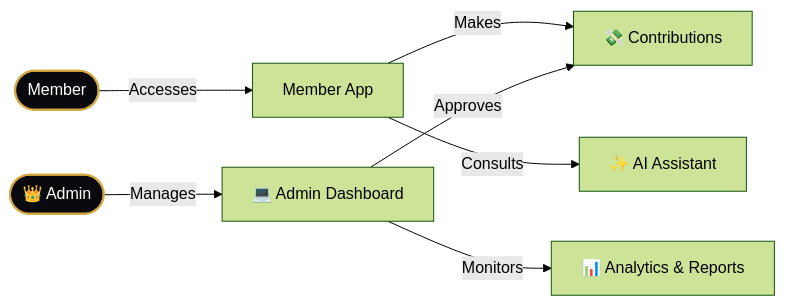
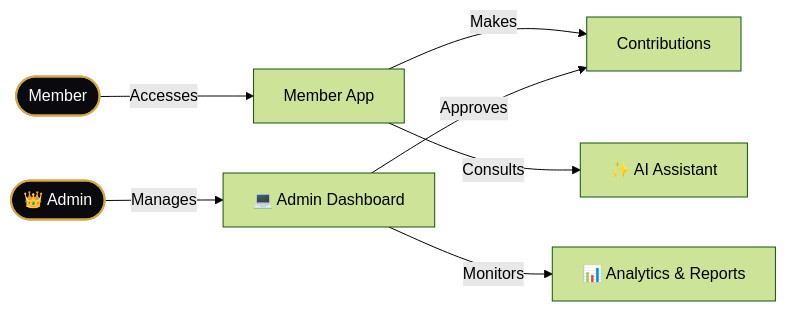
The diagram in README.md (iiradukunda-dev/shinecon), drawn with Mermaid (forest theme) before and after one commit.

````diff
--- a/README.md
+++ b/README.md
@@ -53,16 +53,16 @@
 ```mermaid
 flowchart LR
     %% User Journey
     Member([ Member]) -->|Accesses| App[ Member App]
-    App -->|Makes| Contrib[💸 Contributions]
+    App -->|Makes| Contrib[ Contributions]
     App -->|Consults| AI[✨ AI Assistant]
     
     %% Admin Journey
     Admin([👑 Admin]) -->|Manages| Dash[💻 Admin Dashboard]
     Dash -->|Approves| Contrib
     Dash -->|Monitors| Analytics[📊 Analytics & Reports]
     
     %% Styling
     style Member fill:#0a0a0e,stroke:#d4a843,stroke-width:2px,color:#fff
     style Admin fill:#0a0a0e,stroke:#d4a843,stroke-width:2px,color:#fff
 ```
````
